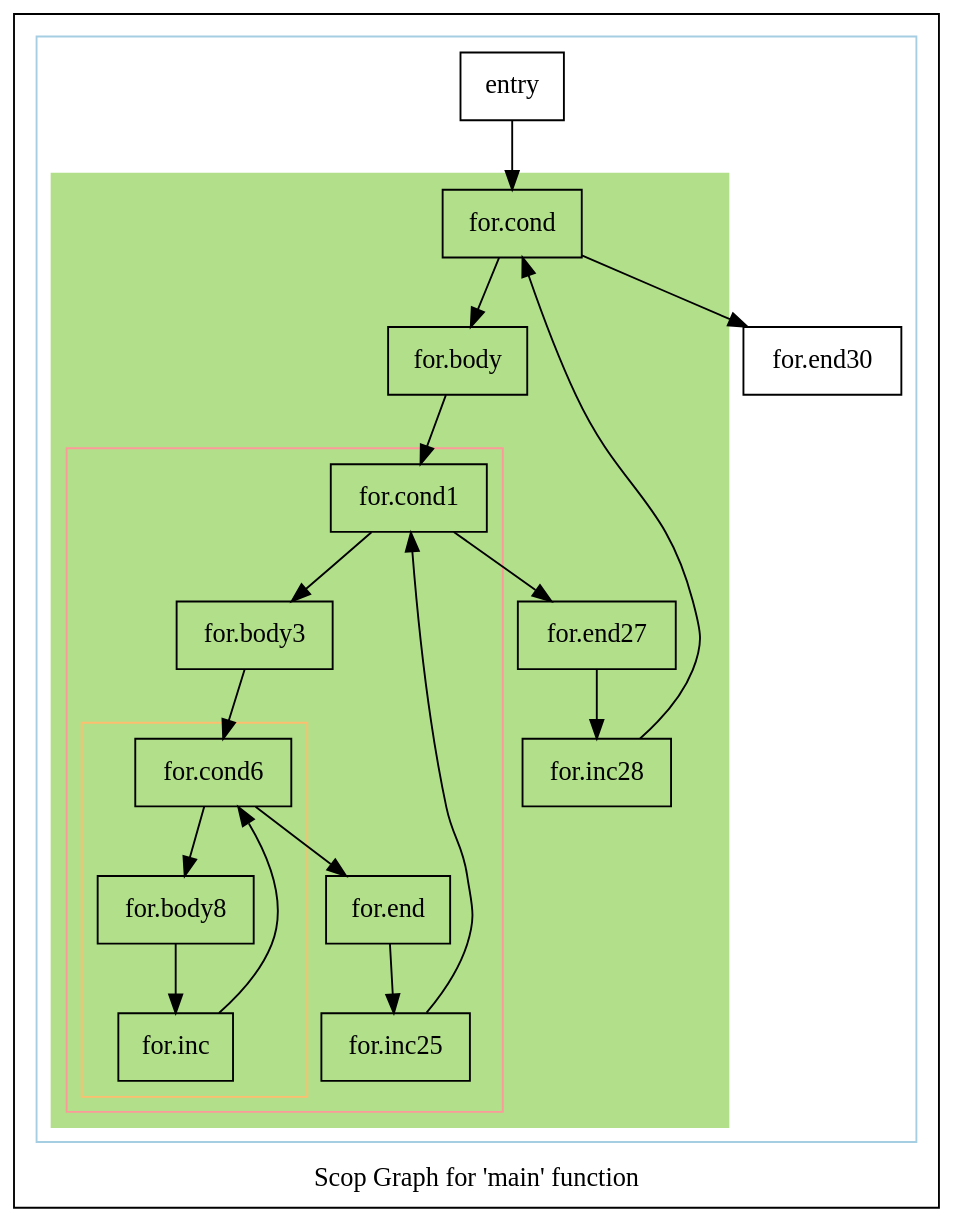
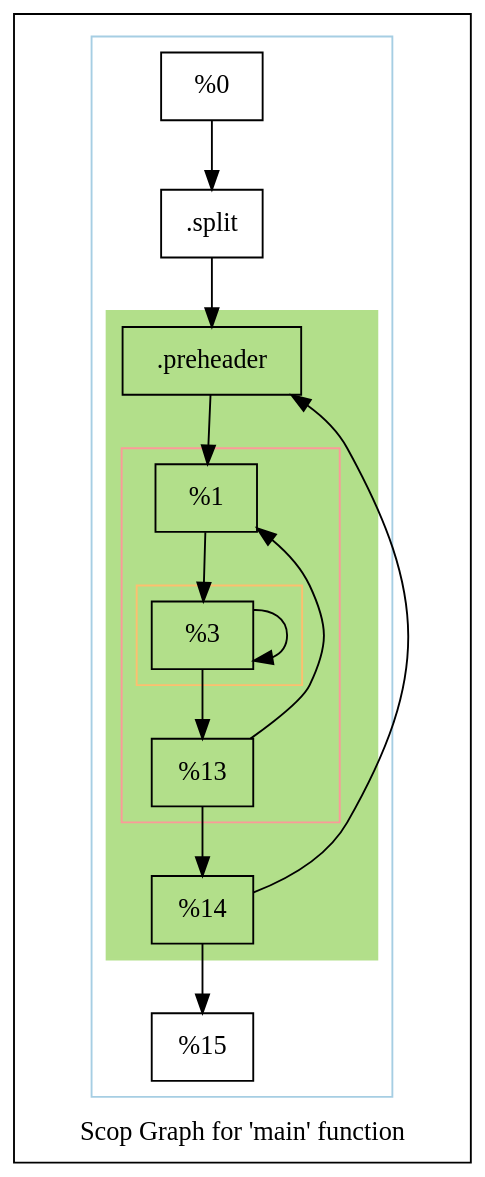
The diagram in matmul-polly/scopsonly.main.dot (rogerioag/openmp-hook), drawn with Graphviz before and after one commit. The commit also changed 29 other files, not shown here.

```diff
--- a/matmul-polly/scopsonly.main.dot
+++ b/matmul-polly/scopsonly.main.dot
@@ -1,65 +1,50 @@
 digraph "Scop Graph for 'main' function" {
 	label="Scop Graph for 'main' function";
 
-	Node0x17d3950 [shape=record,label="{entry}"];
-	Node0x17d3950 -> Node0x17d21a0;
-	Node0x17d21a0 [shape=record,label="{for.cond}"];
-	Node0x17d21a0 -> Node0x17db9a0;
-	Node0x17d21a0 -> Node0x17da4f0;
-	Node0x17db9a0 [shape=record,label="{for.body}"];
-	Node0x17db9a0 -> Node0x17da5e0;
-	Node0x17da5e0 [shape=record,label="{for.cond1}"];
-	Node0x17da5e0 -> Node0x17da640;
-	Node0x17da5e0 -> Node0x17da6a0;
-	Node0x17da640 [shape=record,label="{for.body3}"];
-	Node0x17da640 -> Node0x17da550;
-	Node0x17da550 [shape=record,label="{for.cond6}"];
-	Node0x17da550 -> Node0x17da5b0;
-	Node0x17da550 -> Node0x17da850;
-	Node0x17da5b0 [shape=record,label="{for.body8}"];
-	Node0x17da5b0 -> Node0x17da8b0;
-	Node0x17da8b0 [shape=record,label="{for.inc}"];
-	Node0x17da8b0 -> Node0x17da550[constraint=false];
-	Node0x17da850 [shape=record,label="{for.end}"];
-	Node0x17da850 -> Node0x17db930;
-	Node0x17db930 [shape=record,label="{for.inc25}"];
-	Node0x17db930 -> Node0x17da5e0[constraint=false];
-	Node0x17da6a0 [shape=record,label="{for.end27}"];
-	Node0x17da6a0 -> Node0x17dada0;
-	Node0x17dada0 [shape=record,label="{for.inc28}"];
-	Node0x17dada0 -> Node0x17d21a0[constraint=false];
-	Node0x17da4f0 [shape=record,label="{for.end30}"];
+	Node0x23d5880 [shape=record,label="{%0}"];
+	Node0x23d5880 -> Node0x23e1190;
+	Node0x23e1190 [shape=record,label="{.split}"];
+	Node0x23e1190 -> Node0x23dfd90;
+	Node0x23dfd90 [shape=record,label="{.preheader}"];
+	Node0x23dfd90 -> Node0x23e1420;
+	Node0x23e1420 [shape=record,label="{%1}"];
+	Node0x23e1420 -> Node0x23dfc00;
+	Node0x23dfc00 [shape=record,label="{%3}"];
+	Node0x23dfc00 -> Node0x23dfc00[constraint=false];
+	Node0x23dfc00 -> Node0x23b6840;
+	Node0x23b6840 [shape=record,label="{%13}"];
+	Node0x23b6840 -> Node0x23e1420[constraint=false];
+	Node0x23b6840 -> Node0x23b68a0;
+	Node0x23b68a0 [shape=record,label="{%14}"];
+	Node0x23b68a0 -> Node0x23dfd90[constraint=false];
+	Node0x23b68a0 -> Node0x23e1990;
+	Node0x23e1990 [shape=record,label="{%15}"];
 	colorscheme = "paired12"
-        subgraph cluster_0x17d3f30 {
+        subgraph cluster_0x23d5e70 {
           label = "";
           style = solid;
           color = 1
-          subgraph cluster_0x17d38d0 {
+          subgraph cluster_0x23d2b10 {
             label = "";
             style = filled;
-            color = 3            subgraph cluster_0x17d3850 {
+            color = 3            subgraph cluster_0x23d5660 {
               label = "";
               style = solid;
               color = 5
-              subgraph cluster_0x17d37d0 {
+              subgraph cluster_0x23e14e0 {
                 label = "";
                 style = solid;
                 color = 7
-                Node0x17da550;
-                Node0x17da5b0;
-                Node0x17da8b0;
+                Node0x23dfc00;
               }
-              Node0x17da5e0;
-              Node0x17da640;
-              Node0x17da850;
-              Node0x17db930;
+              Node0x23e1420;
+              Node0x23b6840;
             }
-            Node0x17d21a0;
-            Node0x17db9a0;
-            Node0x17da6a0;
-            Node0x17dada0;
+            Node0x23dfd90;
+            Node0x23b68a0;
           }
-          Node0x17d3950;
-          Node0x17da4f0;
+          Node0x23d5880;
+          Node0x23e1190;
+          Node0x23e1990;
         }
 }
```
